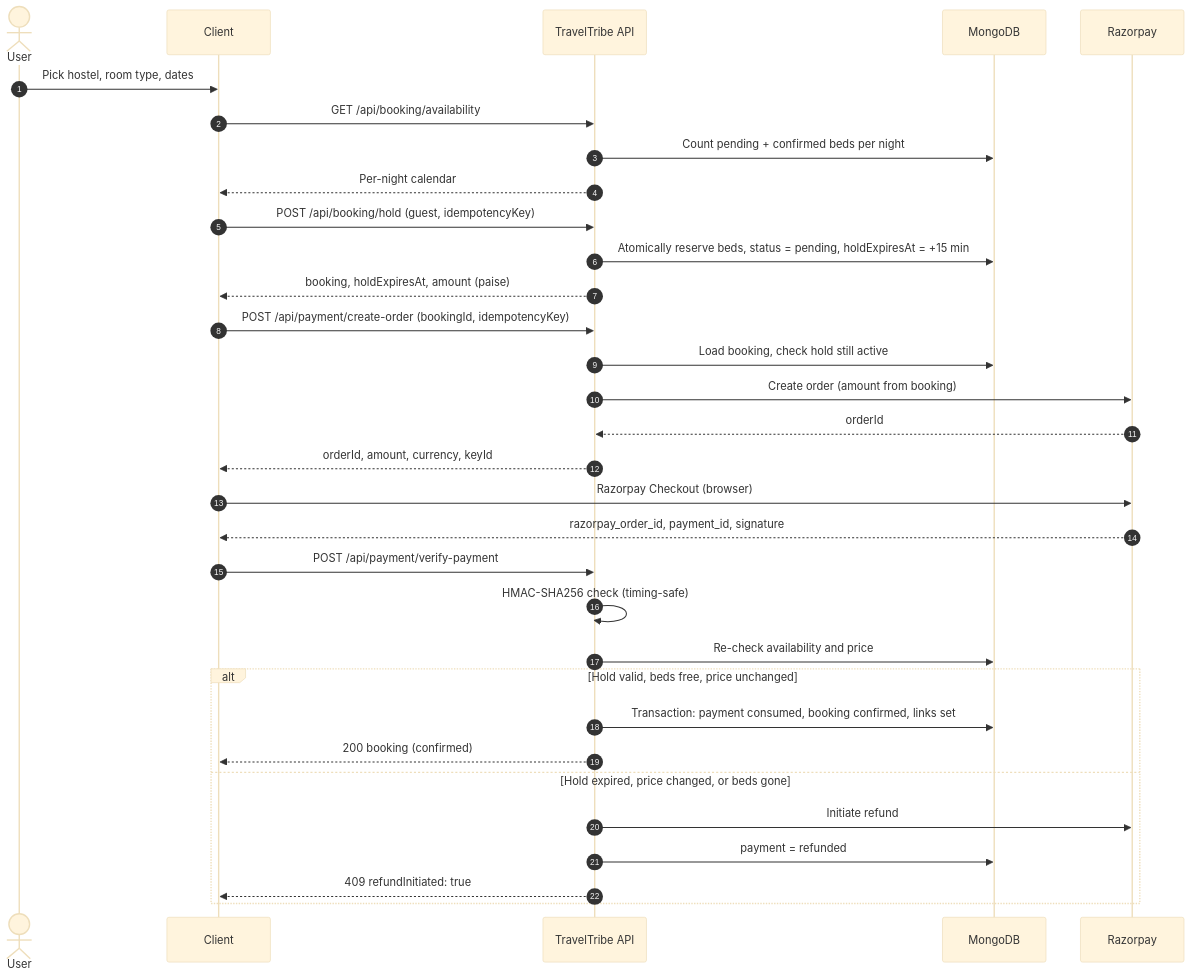
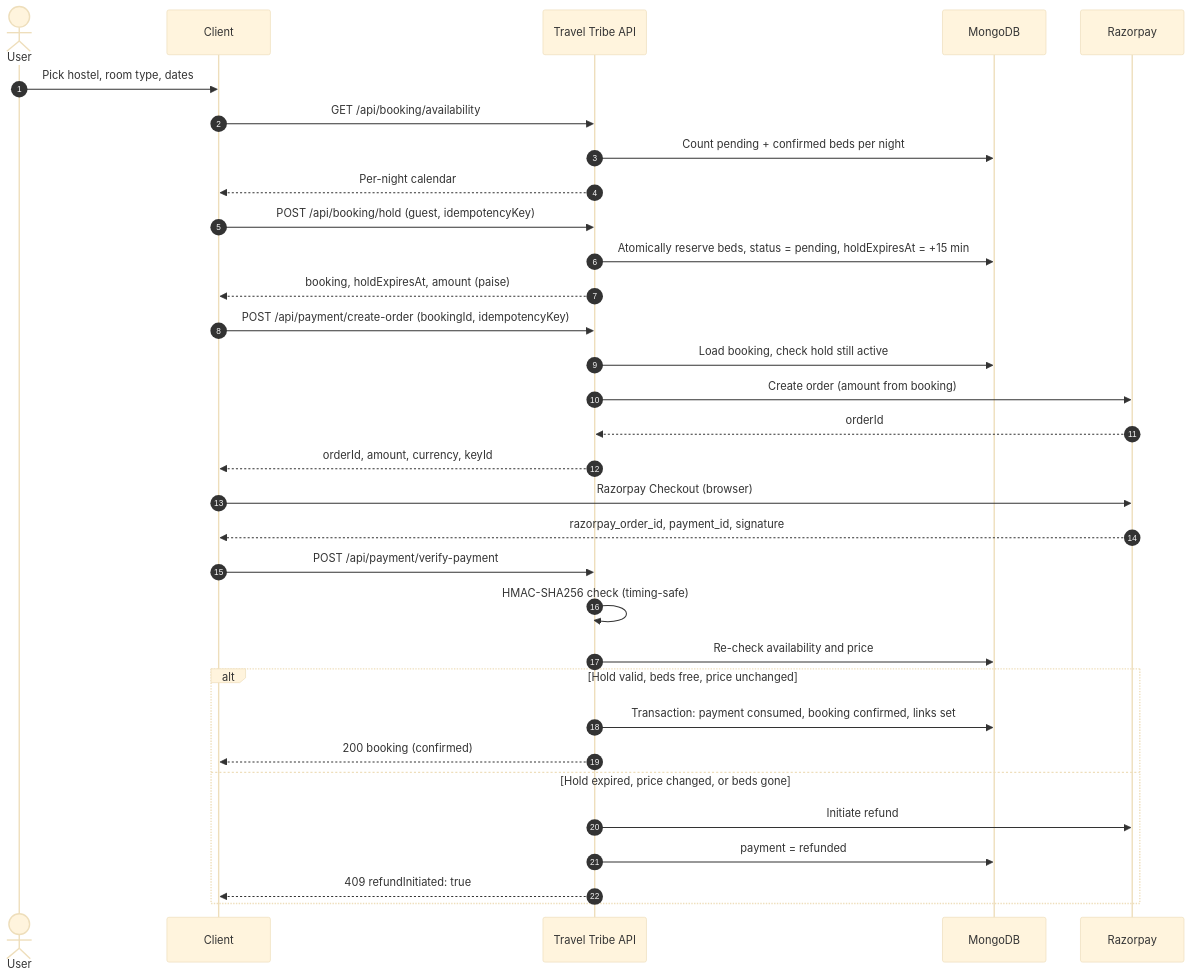
One commit to KRSNAGUPTA/TravelTribe-Contentstack changed the third of 5 diagrams in README.md. Above: the diagram before and after it, drawn with Mermaid (base theme). The commit also changed other lines of this file, not shown here.

````diff
--- a/README.md
+++ b/README.md
@@ -101,39 +101,39 @@
 ```mermaid
 sequenceDiagram
     autonumber
     actor U as User
     participant C as Client
-    participant API as TravelTribe API
+    participant API as Travel Tribe API
     participant DB as MongoDB
     participant RP as Razorpay
 
     U->>C: Pick hostel, room type, dates
     C->>API: GET /api/booking/availability
     API->>DB: Count pending + confirmed beds per night
     API-->>C: Per-night calendar
 
     C->>API: POST /api/booking/hold (guest, idempotencyKey)
     API->>DB: Atomically reserve beds, status = pending, holdExpiresAt = +15 min
     API-->>C: booking, holdExpiresAt, amount (paise)
 
     C->>API: POST /api/payment/create-order (bookingId, idempotencyKey)
     API->>DB: Load booking, check hold still active
     API->>RP: Create order (amount from booking)
     RP-->>API: orderId
     API-->>C: orderId, amount, currency, keyId
 
     C->>RP: Razorpay Checkout (browser)
     RP-->>C: razorpay_order_id, payment_id, signature
 
     C->>API: POST /api/payment/verify-payment
     API->>API: HMAC-SHA256 check (timing-safe)
     API->>DB: Re-check availability and price
     alt Hold valid, beds free, price unchanged
         API->>DB: Transaction: payment consumed, booking confirmed, links set
         API-->>C: 200 booking (confirmed)
     else Hold expired, price changed, or beds gone
         API->>RP: Initiate refund
         API->>DB: payment = refunded
         API-->>C: 409 refundInitiated: true
     end
 ```
````
